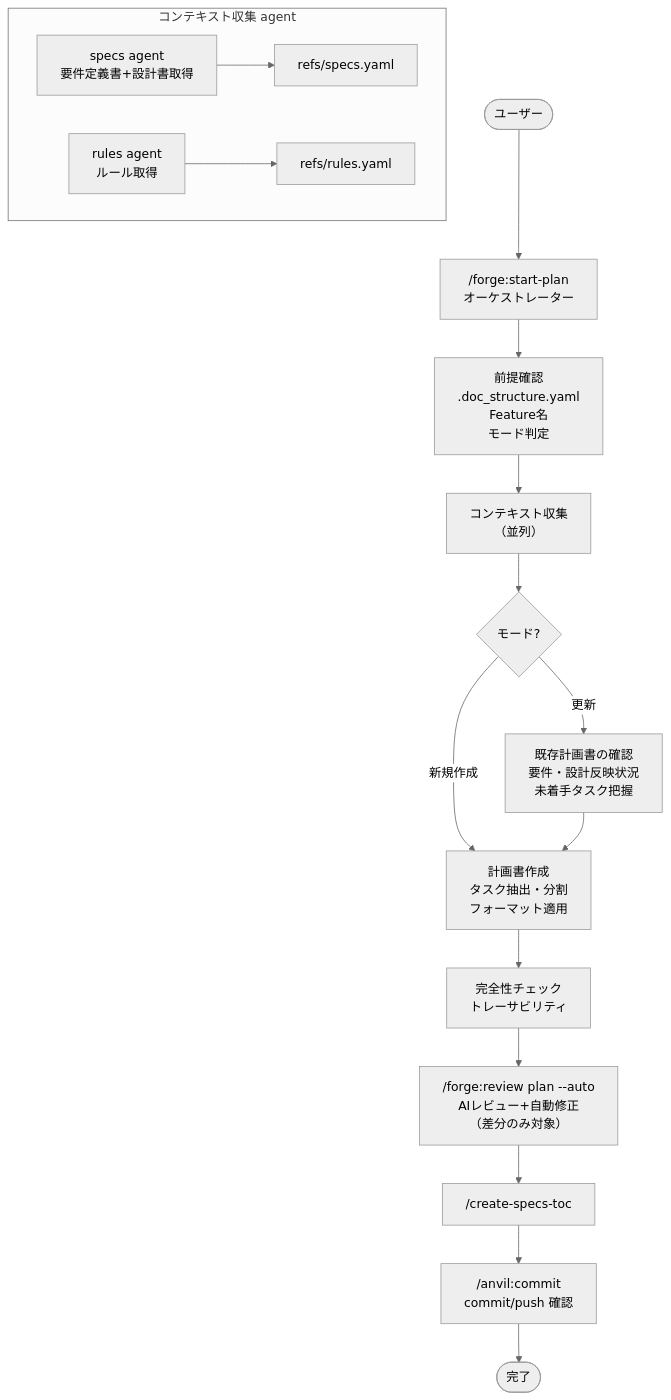
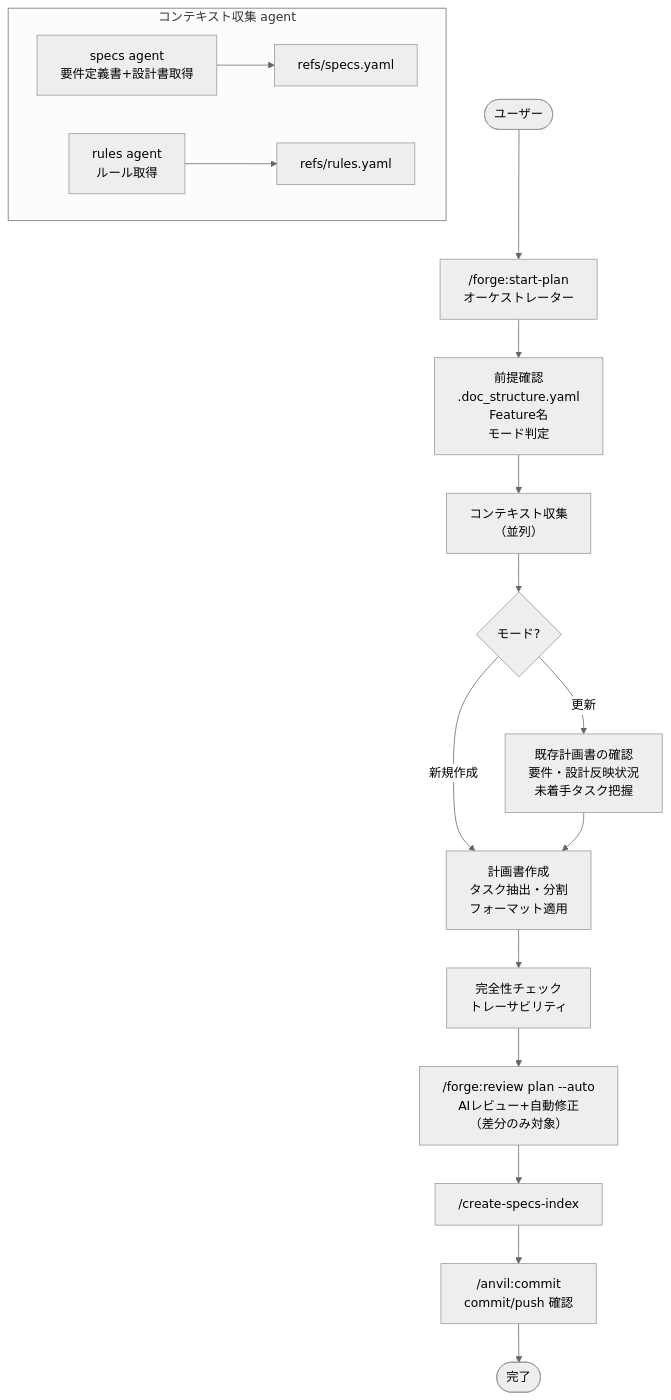
One commit to BlueEventHorizon/bw-cc-plugins changed the diagram in docs/specs/forge/design/create_plan_workflow_design.md. Above: the diagram before and after it, drawn with Mermaid (neutral theme). The commit also changed other lines of this file and 39 other files, not shown here.

````diff
--- a/docs/specs/forge/design/create_plan_workflow_design.md
+++ b/docs/specs/forge/design/create_plan_workflow_design.md
@@ -25,30 +25,30 @@
 ```mermaid
 flowchart TD
     User([ユーザー]) --> ORCHESTRATOR
 
     ORCHESTRATOR["/forge:start-plan<br>オーケストレーター"] --> PREREQ
 
     PREREQ["前提確認<br>.doc_structure.yaml<br>Feature名<br>モード判定"] --> CONTEXT
 
     CONTEXT["コンテキスト収集<br>（並列）"] --> MODE_CHECK
 
     subgraph CONTEXT_AGENTS["コンテキスト収集 agent"]
         A1["specs agent<br>要件定義書+設計書取得"] --> REFS_SPECS["refs/specs.yaml"]
         A2["rules agent<br>ルール取得"] --> REFS_RULES["refs/rules.yaml"]
     end
 
     MODE_CHECK{モード?} -->|"新規作成"| CREATE
     MODE_CHECK -->|"更新"| UPDATE_CHECK
 
     UPDATE_CHECK["既存計画書の確認<br>要件・設計反映状況<br>未着手タスク把握"] --> CREATE
 
     CREATE["計画書作成<br>タスク抽出・分割<br>フォーマット適用"] --> QA
 
     QA["完全性チェック<br>トレーサビリティ"] --> AI_REVIEW
 
     AI_REVIEW["/forge:review plan --auto<br>AIレビュー+自動修正<br>（差分のみ対象）"] --> TOC
 
-    TOC["/create-specs-toc"] --> COMMIT
+    TOC["/create-specs-index"] --> COMMIT
 
     COMMIT["/anvil:commit<br>commit/push 確認"] --> End([完了])
 ```
````
